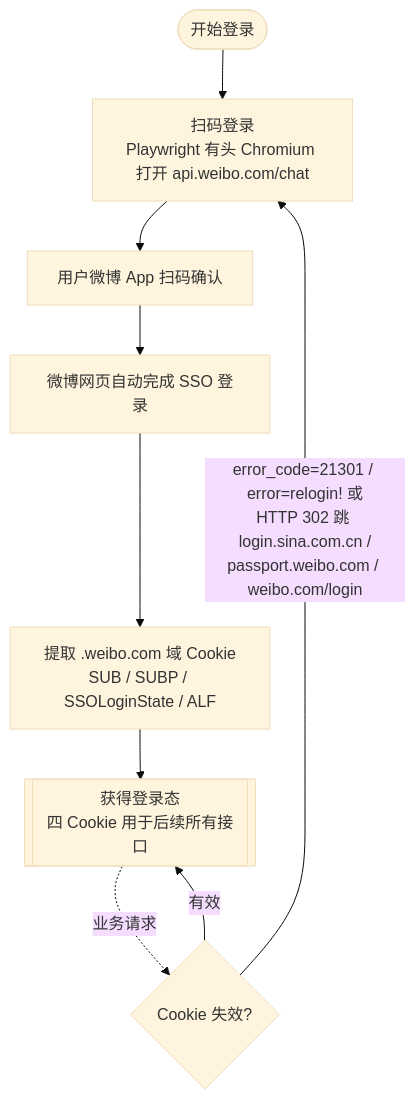
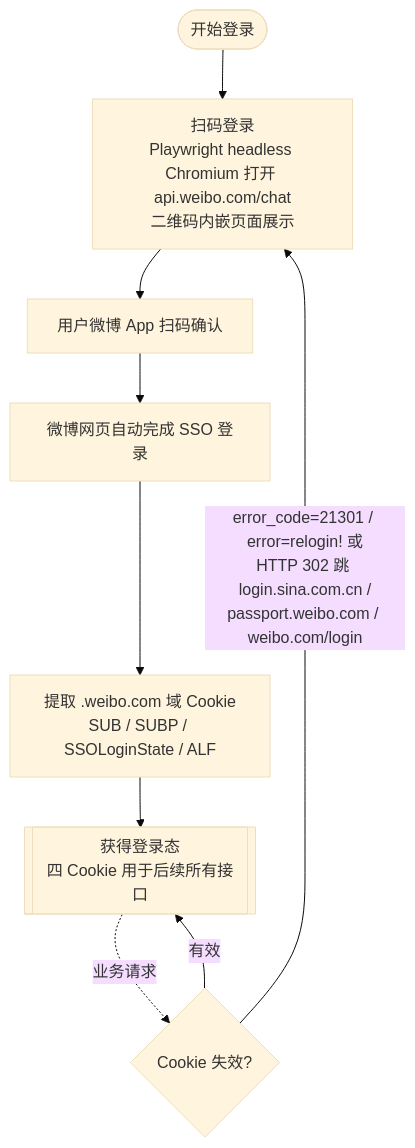
One commit to findxyz/vb-weibo-plus changed the diagram in WEIBO_API_RAW.md. Above: the diagram before and after it, drawn with Mermaid (base theme). The commit also changed other lines of this file and 1 other file, not shown here.

Commit message:
docs: WEIBO_API_RAW 同步扫码登录为 headless 模式

````diff
--- a/WEIBO_API_RAW.md
+++ b/WEIBO_API_RAW.md
@@ -25,12 +25,12 @@
 ```mermaid
 flowchart TD
-    Start([开始登录]) --> QR["扫码登录<br/>Playwright 有头 Chromium 打开 api.weibo.com/chat"]
+    Start([开始登录]) --> QR["扫码登录<br/>Playwright headless Chromium 打开 api.weibo.com/chat<br/>二维码内嵌页面展示"]
     QR --> Scan[用户微博 App 扫码确认]
     Scan --> SSO[微博网页自动完成 SSO 登录]
     SSO --> Extract[提取 .weibo.com 域 Cookie<br/>SUB / SUBP / SSOLoginState / ALF]
     Extract --> Ready[[获得登录态<br/>四 Cookie 用于后续所有接口]]
 
     Ready -. 业务请求 .-> Fail{Cookie 失效?}
     Fail -->|"error_code=21301 / error=relogin! 或<br/>HTTP 302 跳 login.sina.com.cn /<br/>passport.weibo.com / weibo.com/login"| QR
     Fail -->|有效| Ready
 ```
````
